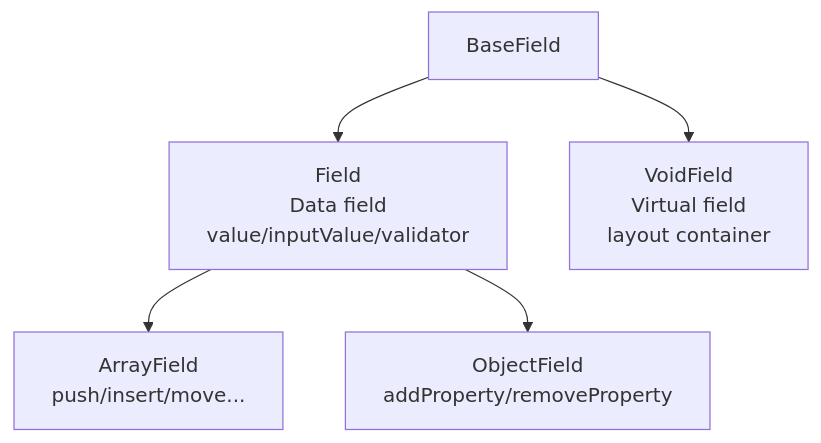
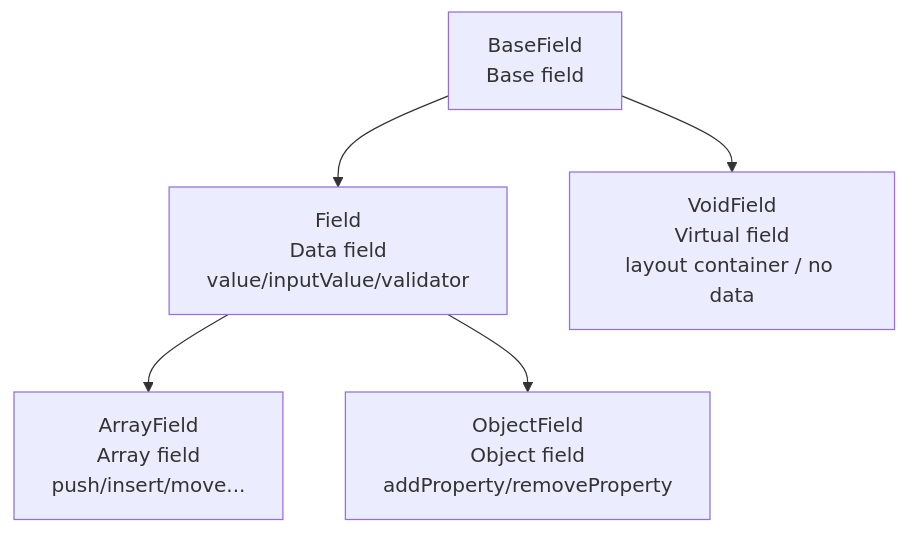
Before and after one commit to hezhengxu2018/silver-formily: the first of 2 diagrams in apps/core-docs/en/guide/architecture.md, drawn with Mermaid. The commit also changed other lines of this file and 44 other files, not shown here.

````diff
--- a/apps/core-docs/en/guide/architecture.md
+++ b/apps/core-docs/en/guide/architecture.md
@@ -79,8 +107,8 @@
 ```mermaid
 graph TD
-    BaseField["BaseField"]
+    BaseField["BaseField<br/>Base field"]
     BaseField --> Field["Field<br/>Data field<br/>value/inputValue/validator"]
-    BaseField --> VoidField["VoidField<br/>Virtual field<br/>layout container"]
-    Field --> ArrayField["ArrayField<br/>push/insert/move..."]
-    Field --> ObjectField["ObjectField<br/>addProperty/removeProperty"]
+    BaseField --> VoidField["VoidField<br/>Virtual field<br/>layout container / no data"]
+    Field --> ArrayField["ArrayField<br/>Array field<br/>push/insert/move..."]
+    Field --> ObjectField["ObjectField<br/>Object field<br/>addProperty/removeProperty"]
 ```
````
